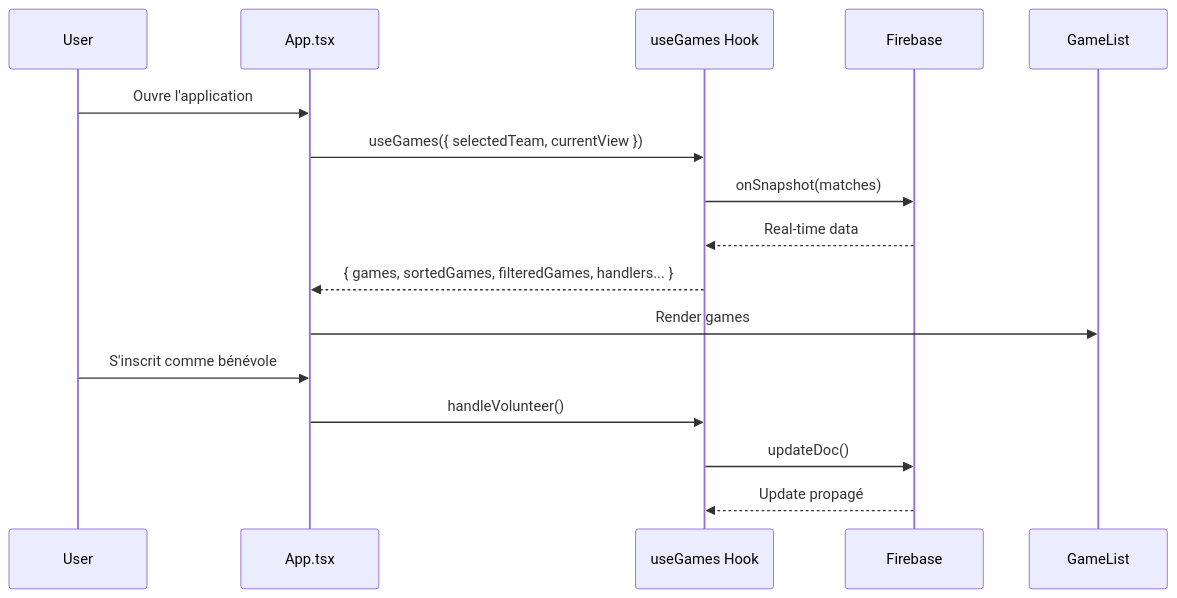
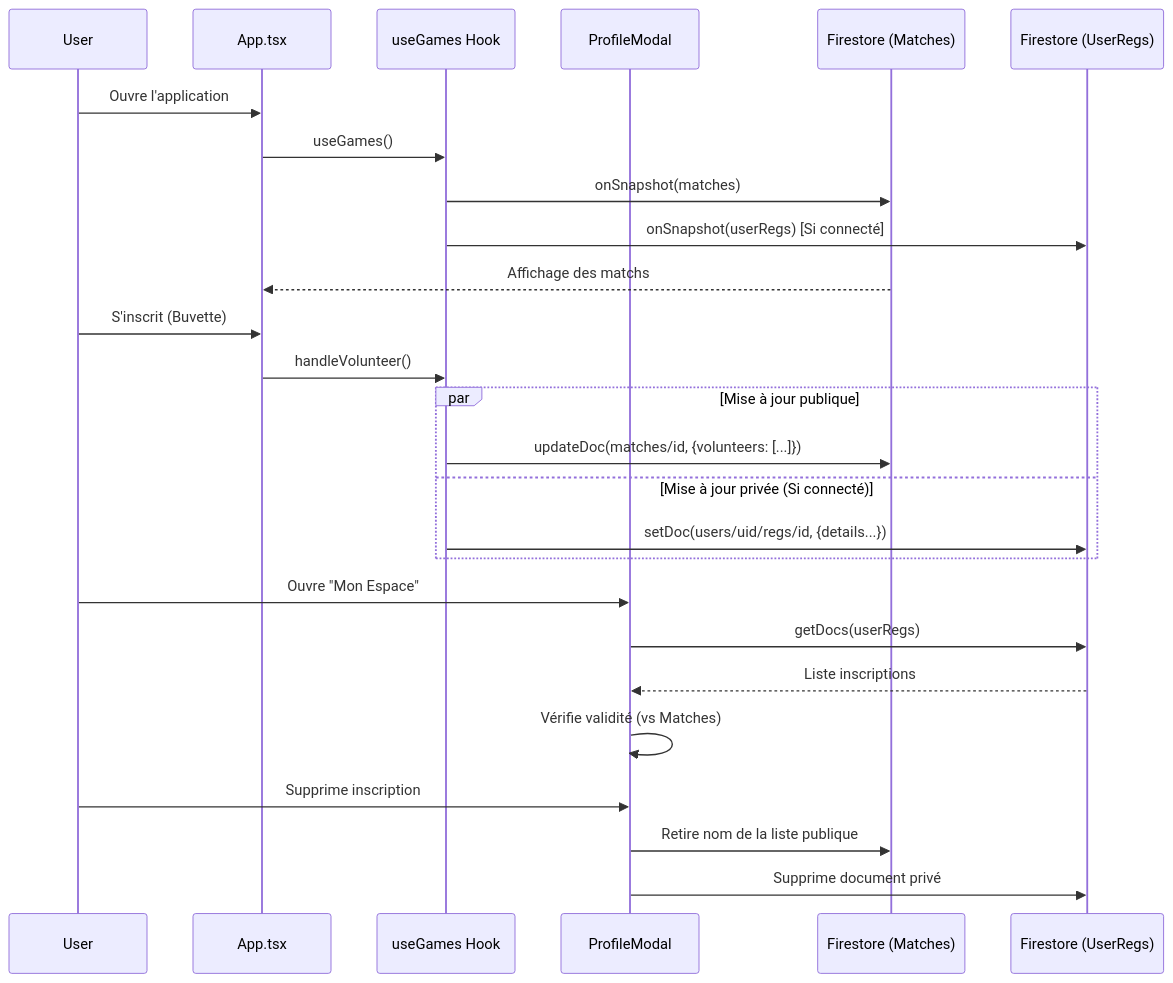
The second of 2 diagrams in README.md (nickdesi/SCBA-Benevolat), drawn with Mermaid before and after one commit. The commit also changed other lines of this file, not shown here.

Commit message:
docs: update mermaid diagrams with new architecture

````diff
--- a/README.md
+++ b/README.md
@@ -35,18 +55,35 @@
 ```mermaid
 sequenceDiagram
     participant U as User
     participant A as App.tsx
     participant H as useGames Hook
-    participant F as Firebase
+    participant P as ProfileModal
+    participant F as Firestore (Matches)
+    participant R as Firestore (UserRegs)
     
     U->>A: Ouvre l'application
-    A->>H: useGames({ selectedTeam, currentView })
+    A->>H: useGames()
     H->>F: onSnapshot(matches)
-    F-->>H: Real-time data
-    H-->>A: { games, sortedGames, filteredGames, handlers... }
-    A->>GameList: Render games
-    U->>A: S'inscrit comme bénévole
+    H->>R: onSnapshot(userRegs) [Si connecté]
+    F-->>A: Affichage des matchs
+    
+    %% Inscription
+    U->>A: S'inscrit (Buvette)
     A->>H: handleVolunteer()
-    H->>F: updateDoc()
-    F-->>H: Update propagé
+    par Mise à jour publique
+        H->>F: updateDoc(matches/id, {volunteers: [...]})
+    and Mise à jour privée (Si connecté)
+        H->>R: setDoc(users/uid/regs/id, {details...})
+    end
+    
+    %% Gestion Profil
+    U->>P: Ouvre "Mon Espace"
+    P->>R: getDocs(userRegs)
+    R-->>P: Liste inscriptions
+    P->>P: Vérifie validité (vs Matches)
+    
+    %% Suppression
+    U->>P: Supprime inscription
+    P->>F: Retire nom de la liste publique
+    P->>R: Supprime document privé
 ```
````
